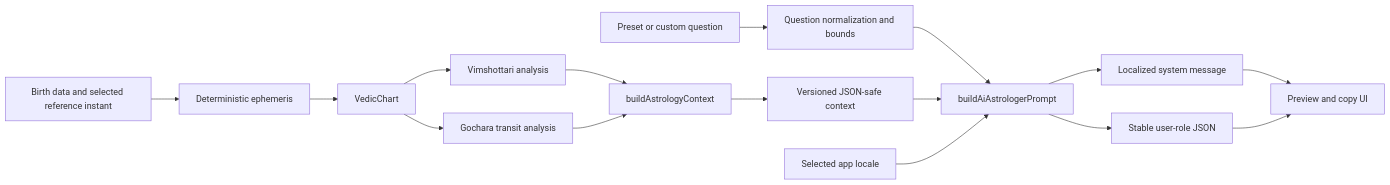
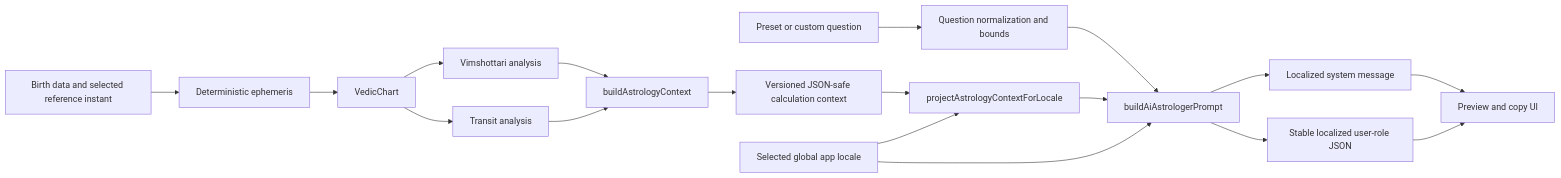
One commit to diprajkadlag/VedicAstrologer changed the diagram in docs/AI_ENGINEERING.md. Above: the diagram before and after it, drawn with Mermaid. The commit also changed other lines of this file and 45 other files, not shown here.

````diff
--- a/docs/AI_ENGINEERING.md
+++ b/docs/AI_ENGINEERING.md
@@ -45,18 +45,20 @@
 ```mermaid
 flowchart LR
     A[Birth data and selected reference instant] --> B[Deterministic ephemeris]
     B --> C[VedicChart]
     C --> D[Vimshottari analysis]
-    C --> E[Gochara transit analysis]
+    C --> E[Transit analysis]
     D --> F[buildAstrologyContext]
     E --> F
-    F --> G[Versioned JSON-safe context]
+    F --> G[Versioned JSON-safe calculation context]
     H[Preset or custom question] --> I[Question normalization and bounds]
     I --> J[buildAiAstrologerPrompt]
-    G --> J
-    K[Selected app locale] --> J
+    G --> P[projectAstrologyContextForLocale]
+    K[Selected global app locale] --> P
+    P --> J
+    K --> J
     J --> L[Localized system message]
-    J --> M[Stable user-role JSON]
+    J --> M[Stable localized user-role JSON]
     L --> N[Preview and copy UI]
     M --> N
 ```
````
